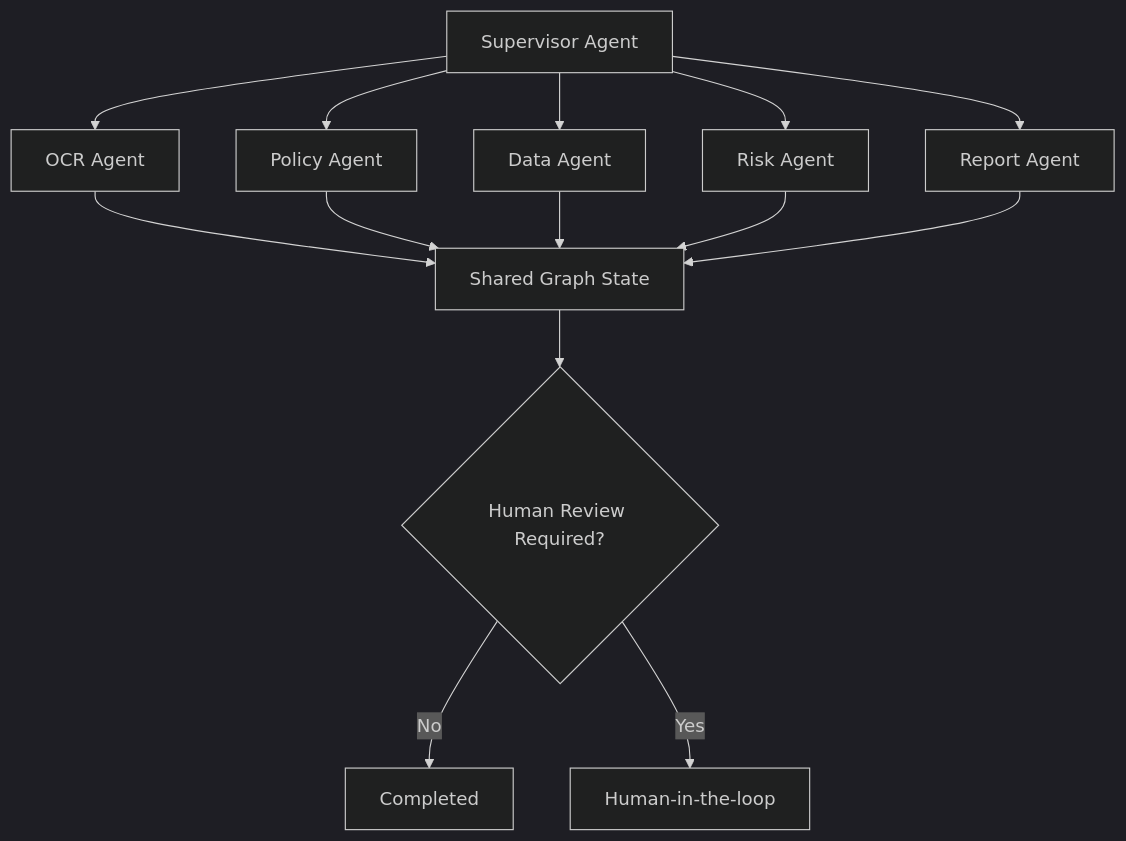
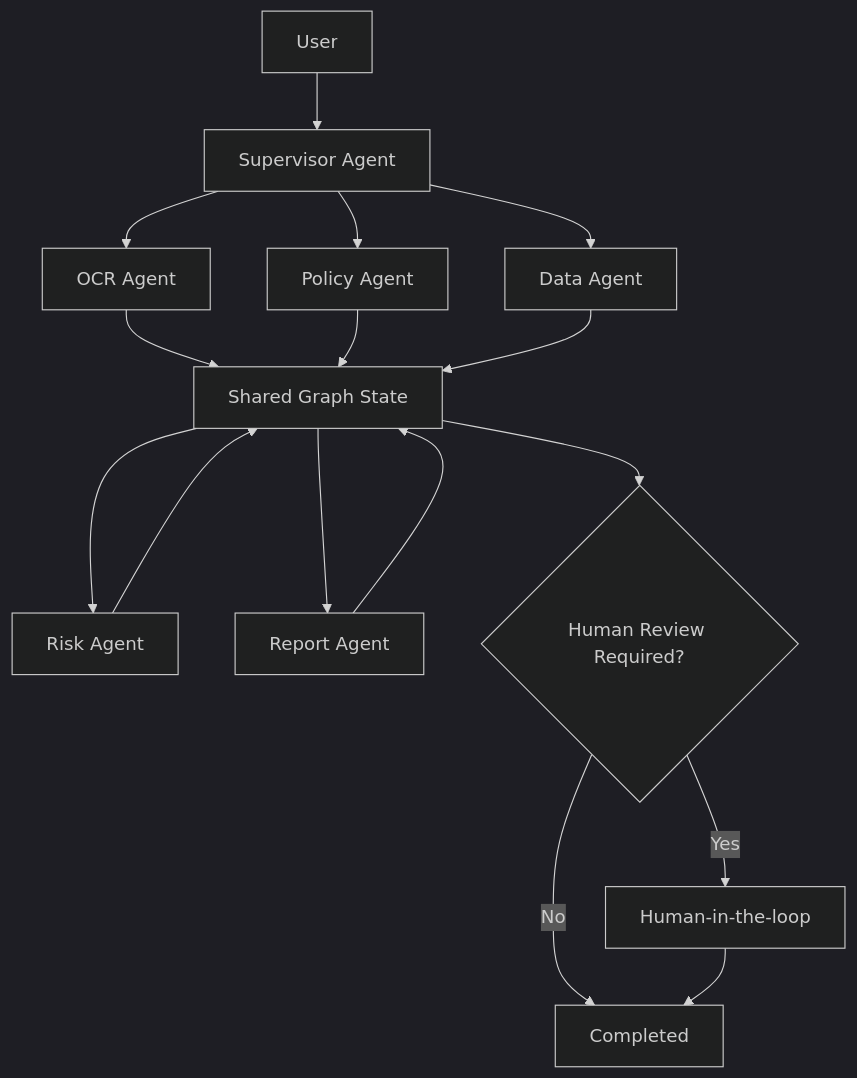
Before and after one commit to Chuan1130/invoice-agent-system: the tenth of 10 diagrams in README.md, drawn with Mermaid (dark theme). The commit also changed other lines of this file, not shown here.

Commit message:
docs: visualize agent request lifecycle and trace replay

````diff
--- a/README.md
+++ b/README.md
@@ -688,19 +973,36 @@
 ```mermaid
 flowchart TD
+    U[User]
     S[Supervisor Agent]
-    S --> O[OCR Agent]
-    S --> P[Policy Agent]
-    S --> D[Data Agent]
-    S --> R[Risk Agent]
-    S --> G[Report Agent]
 
-    O --> STATE[Shared Graph State]
+    O[OCR Agent]
+    P[Policy Agent]
+    D[Data Agent]
+    R[Risk Agent]
+    G[Report Agent]
+
+    STATE[Shared Graph State]
+    H{Human Review Required?}
+    HUMAN[Human-in-the-loop]
+    DONE[Completed]
+
+    U --> S
+
+    S --> O
+    S --> P
+    S --> D
+
+    O --> STATE
     P --> STATE
     D --> STATE
+
+    STATE --> R
     R --> STATE
+    STATE --> G
     G --> STATE
 
-    STATE --> H{Human Review Required?}
-    H -->|No| DONE[Completed]
-    H -->|Yes| HUMAN[Human-in-the-loop]
+    STATE --> H
+    H -->|No| DONE
+    H -->|Yes| HUMAN
+    HUMAN --> DONE
 ```
````
